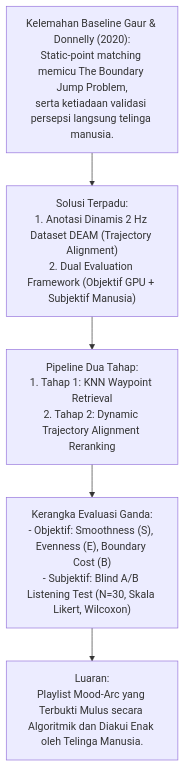
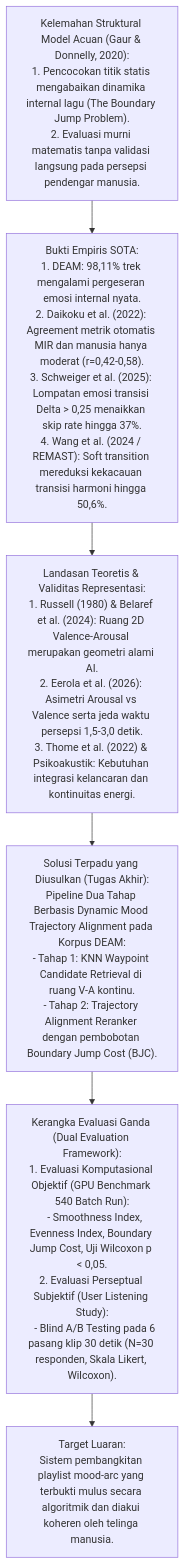
One commit to cengkooo/Catatan-Logs-TA changed the diagram in 06-Naskah-Draft/02-Skenario-Dual-Evaluation-User-Study/Bab-2-Tinjauan-Pustaka.md. Above: the diagram before and after it, drawn with Mermaid. The commit also changed other lines of this file and 6 other files, not shown here.

Commit message:
docs(draft): perbarui draf Bab 1, 2, 3 pada Skenario 1 dan Skenario 2 dengan 23 literatur primer

````diff
--- a/06-Naskah-Draft/02-Skenario-Dual-Evaluation-User-Study/Bab-2-Tinjauan-Pustaka.md
+++ b/06-Naskah-Draft/02-Skenario-Dual-Evaluation-User-Study/Bab-2-Tinjauan-Pustaka.md
@@ -70,7 +105,12 @@
 ```mermaid
 flowchart TD
-    Masalah["Kelemahan Baseline Gaur & Donnelly (2020):<br/>Static-point matching memicu The Boundary Jump Problem,<br/>serta ketiadaan validasi persepsi langsung telinga manusia."] --> Solusi["Solusi Terpadu:<br/>1. Anotasi Dinamis 2 Hz Dataset DEAM (Trajectory Alignment)<br/>2. Dual Evaluation Framework (Objektif GPU + Subjektif Manusia)"]
-    Solusi --> Pipeline["Pipeline Dua Tahap:<br/>1. Tahap 1: KNN Waypoint Retrieval<br/>2. Tahap 2: Dynamic Trajectory Alignment Reranking"]
-    Pipeline --> DualEval["Kerangka Evaluasi Ganda:<br/>- Objektif: Smoothness (S), Evenness (E), Boundary Cost (B)<br/>- Subjektif: Blind A/B Listening Test (N=30, Skala Likert, Wilcoxon)"]
-    DualEval --> Luaran["Luaran:<br/>Playlist Mood-Arc yang Terbukti Mulus secara Algoritmik dan Diakui Enak oleh Telinga Manusia."]
+    Masalah["Kelemahan Struktural Model Acuan (Gaur & Donnelly, 2020):<br/>1. Pencocokan titik statis mengabaikan dinamika internal lagu (The Boundary Jump Problem).<br/>2. Evaluasi murni matematis tanpa validasi langsung pada persepsi pendengar manusia."] --> Bukti["Bukti Empiris SOTA:<br/>1. DEAM: 98,11% trek mengalami pergeseran emosi internal nyata.<br/>2. Daikoku et al. (2022): Agreement metrik otomatis MIR dan manusia hanya moderat (r=0,42-0,58).<br/>3. Schweiger et al. (2025): Lompatan emosi transisi Delta > 0,25 menaikkan skip rate hingga 37%.<br/>4. Wang et al. (2024 / REMAST): Soft transition mereduksi kekacauan transisi harmoni hingga 50,6%."]
+    
+    Bukti --> Teori["Landasan Teoretis & Validitas Representasi:<br/>1. Russell (1980) & Belaref et al. (2024): Ruang 2D Valence-Arousal merupakan geometri alami AI.<br/>2. Eerola et al. (2026): Asimetri Arousal vs Valence serta jeda waktu persepsi 1,5-3,0 detik.<br/>3. Thome et al. (2022) & Psikoakustik: Kebutuhan integrasi kelancaran dan kontinuitas energi."]
+    
+    Teori --> Solusi["Solusi Terpadu yang Diusulkan (Tugas Akhir):<br/>Pipeline Dua Tahap Berbasis Dynamic Mood Trajectory Alignment pada Korpus DEAM:<br/>- Tahap 1: KNN Waypoint Candidate Retrieval di ruang V-A kontinu.<br/>- Tahap 2: Trajectory Alignment Reranker dengan pembobotan Boundary Jump Cost (BJC)."]
+    
+    Solusi --> DualEval["Kerangka Evaluasi Ganda (Dual Evaluation Framework):<br/>1. Evaluasi Komputasional Objektif (GPU Benchmark 540 Batch Run):<br/>   - Smoothness Index, Evenness Index, Boundary Jump Cost, Uji Wilcoxon p < 0,05.<br/>2. Evaluasi Perseptual Subjektif (User Listening Study):<br/>   - Blind A/B Testing pada 6 pasang klip 30 detik (N=30 responden, Skala Likert, Wilcoxon)."]
+    
+    DualEval --> Luaran["Target Luaran:<br/>Sistem pembangkitan playlist mood-arc yang terbukti mulus secara algoritmik dan diakui koheren oleh telinga manusia."]
 ```
````
